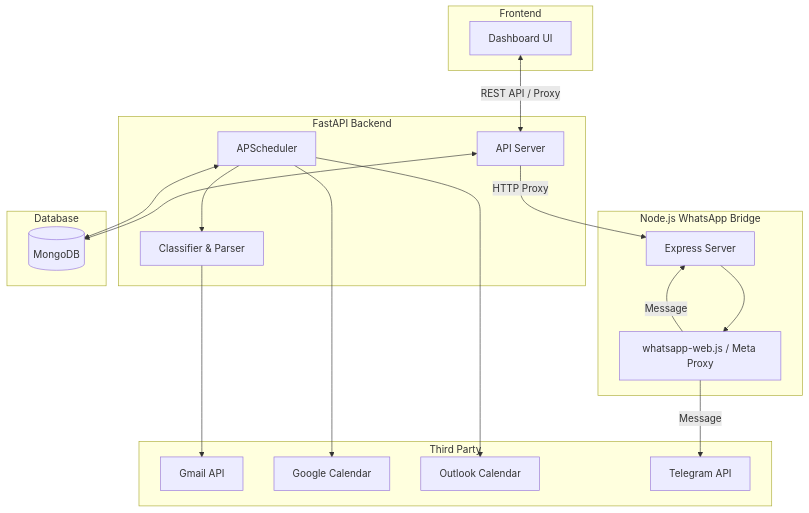
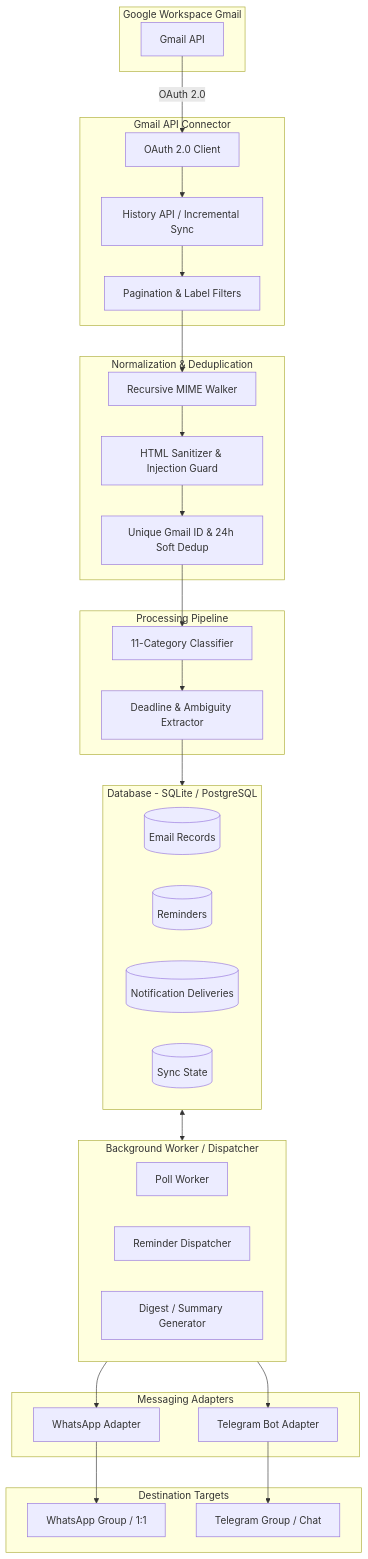
One commit to vardhan1609/gmail-reminder changed the diagram in docs/architecture.md. Above: the diagram before and after it, drawn with Mermaid. The commit also changed other lines of this file and 131 other files, not shown here.

````diff
--- a/docs/architecture.md
+++ b/docs/architecture.md
@@ -5,40 +5,61 @@
 ```mermaid
-graph TD
-    subgraph Frontend
-        D[Dashboard UI]
+flowchart TD
+    subgraph Gmail [Google Workspace Gmail]
+        G[Gmail API]
     end
 
-    subgraph Backend [FastAPI Backend]
-        B[API Server]
-        S[APScheduler]
-        C[Classifier & Parser]
+    subgraph Connector [Gmail API Connector]
+        O[OAuth 2.0 Client]
+        H[History API / Incremental Sync]
+        P[Pagination & Label Filters]
     end
 
-    subgraph Messaging Bridge [Node.js WhatsApp Bridge]
-        W[Express Server]
-        WW[whatsapp-web.js / Meta Proxy]
+    subgraph Normalization [Normalization & Deduplication]
+        MIME[Recursive MIME Walker]
+        SAN[HTML Sanitizer & Injection Guard]
+        DEDUP[Unique Gmail ID & 24h Soft Dedup]
     end
 
-    subgraph Database
-        DB[(MongoDB)]
+    subgraph Pipeline [Processing Pipeline]
+        CLS[11-Category Classifier]
+        EXT[Deadline & Ambiguity Extractor]
     end
 
-    subgraph Third Party
-        G[Gmail API]
-        GC[Google Calendar]
-        O[Outlook Calendar]
-        T[Telegram API]
+    subgraph Storage [Database - SQLite / PostgreSQL]
+        DB_E[(Email Records)]
+        DB_R[(Reminders)]
+        DB_N[(Notification Deliveries)]
+        DB_S[(Sync State)]
     end
 
-    D <-->|REST API / Proxy| B
-    B <--> DB
-    S <--> DB
-    S --> C
-    C --> G
-    S --> GC
-    S --> O
-    B -->|HTTP Proxy| W
-    W --> WW
-    WW -->|Message| T
-    WW -->|Message| W
+    subgraph Scheduler [Background Worker / Dispatcher]
+        POLL[Poll Worker]
+        DISP[Reminder Dispatcher]
+        DIG[Digest / Summary Generator]
+    end
+
+    subgraph Channels [Messaging Adapters]
+        WA[WhatsApp Adapter]
+        TG[Telegram Bot Adapter]
+    end
+
+    subgraph Recipients [Destination Targets]
+        WAG[WhatsApp Group / 1:1]
+        TGG[Telegram Group / Chat]
+    end
+
+    G -->|OAuth 2.0| O
+    O --> H
+    H --> P
+    P --> MIME
+    MIME --> SAN
+    SAN --> DEDUP
+    DEDUP --> CLS
+    CLS --> EXT
+    EXT --> Storage
+    Storage <--> Scheduler
+    Scheduler --> WA
+    Scheduler --> TG
+    WA --> WAG
+    TG --> TGG
 ```
````
